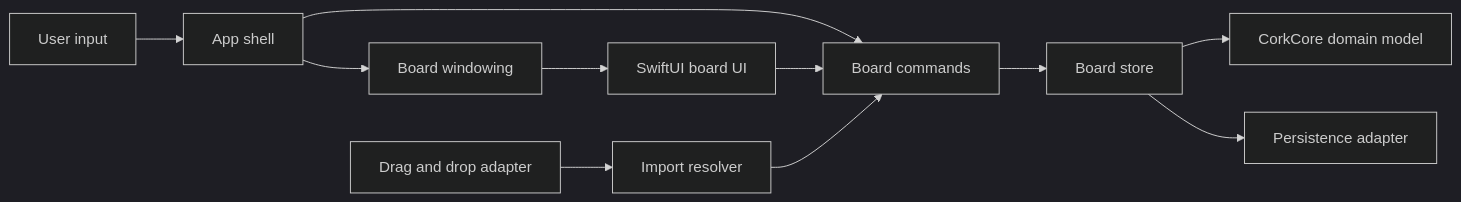
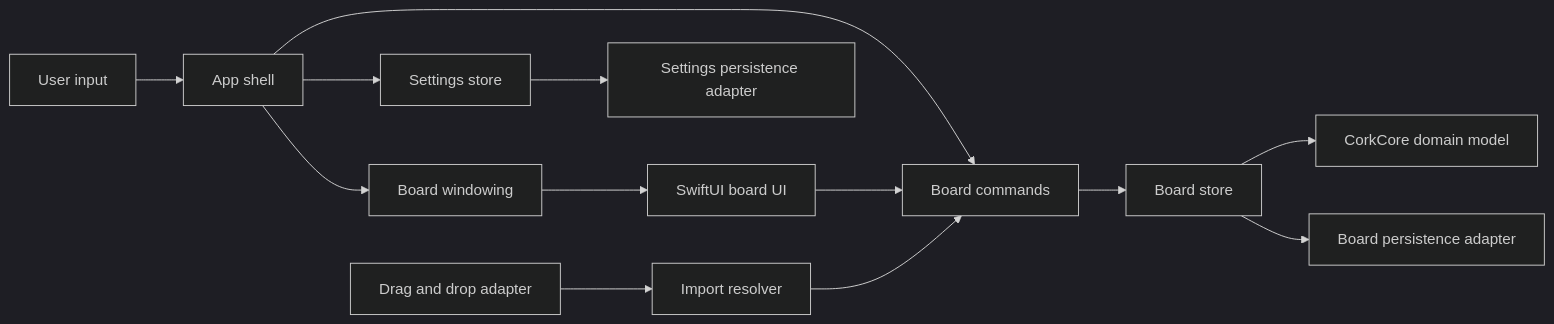
Before and after one commit to KopitarFan/Cork: the first of 3 diagrams in docs/architecture.md, drawn with Mermaid (dark theme). The commit also changed other lines of this file and 16 other files, not shown here.

````diff
--- a/docs/architecture.md
+++ b/docs/architecture.md
@@ -25,13 +25,15 @@
 ```mermaid
 flowchart LR
     User["User input"] --> Shell["App shell"]
     Shell --> Windowing["Board windowing"]
+    Shell --> Settings["Settings store"]
     Shell --> Commands["Board commands"]
     Windowing --> BoardUI["SwiftUI board UI"]
     BoardUI --> Commands
     Commands --> Store["Board store"]
     Store --> Domain["CorkCore domain model"]
-    Store --> Persistence["Persistence adapter"]
+    Store --> Persistence["Board persistence adapter"]
+    Settings --> SettingsPersistence["Settings persistence adapter"]
     Drop["Drag and drop adapter"] --> ImportResolver["Import resolver"]
     ImportResolver --> Commands
 ```
````
